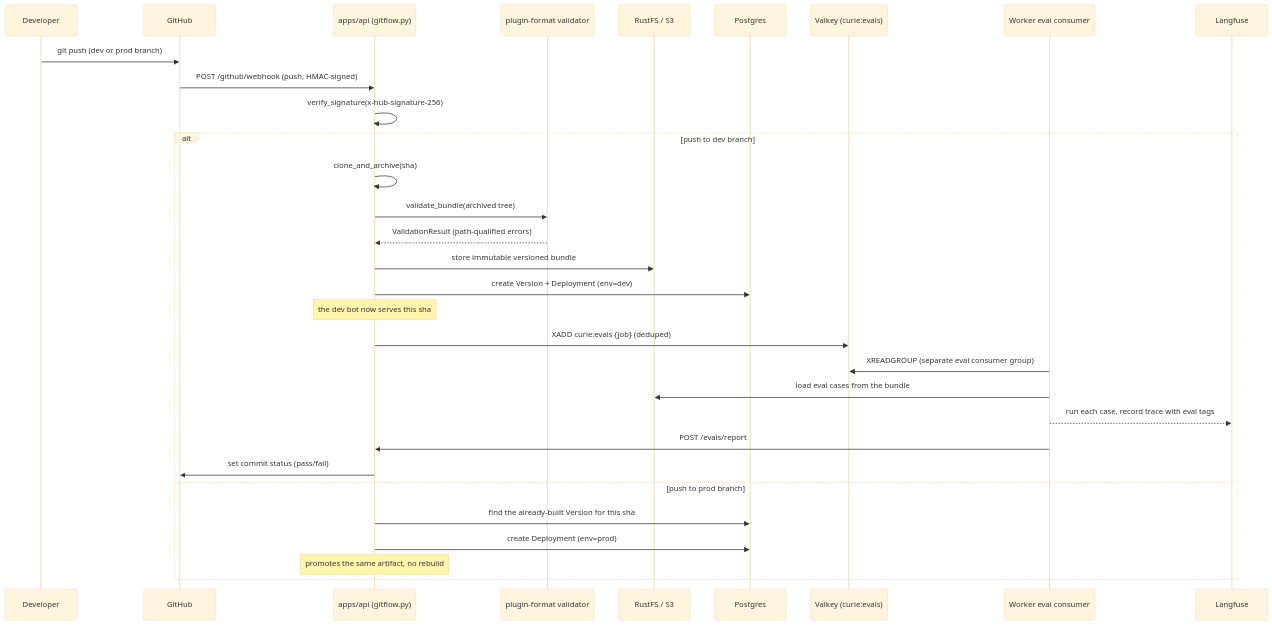
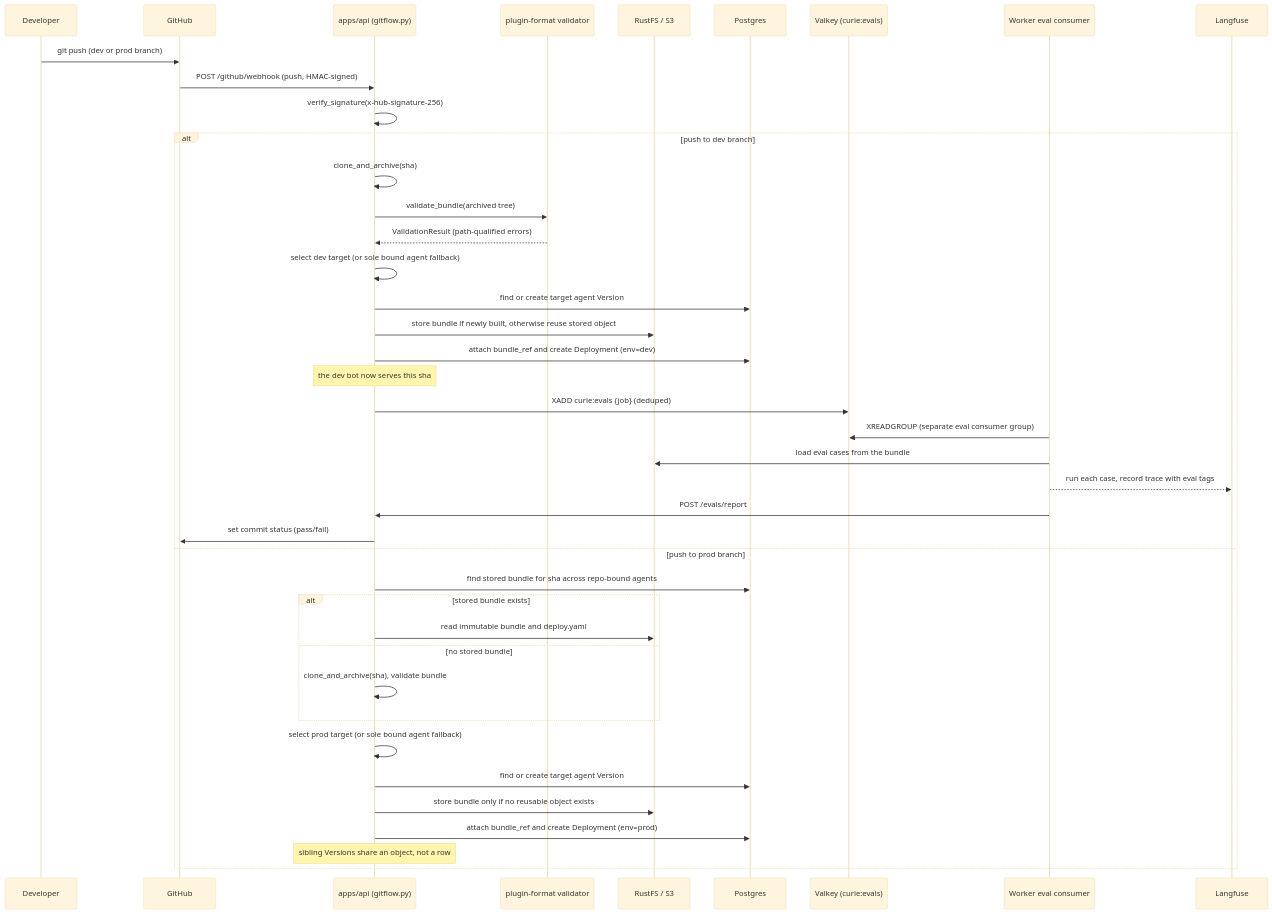
The third of 3 diagrams in ARCHITECTURE.md (curie-eng/curie), drawn with Mermaid (base theme) before and after one commit. The commit also changed other lines of this file and 3 other files, not shown here.

Commit message:
docs: describe current git-flow routing and bundle reuse

````diff
--- a/ARCHITECTURE.md
+++ b/ARCHITECTURE.md
@@ -407,34 +415,44 @@
 ```mermaid
 sequenceDiagram
     participant Dev as Developer
     participant GH as GitHub
     participant API as apps/api (gitflow.py)
     participant PF as plugin-format validator
     participant S3 as RustFS / S3
     participant PG as Postgres
     participant V as Valkey (curie:evals)
     participant W as Worker eval consumer
     participant LF as Langfuse
 
     Dev->>GH: git push (dev or prod branch)
     GH->>API: POST /github/webhook (push, HMAC-signed)
     API->>API: verify_signature(x-hub-signature-256)
     alt push to dev branch
         API->>API: clone_and_archive(sha)
         API->>PF: validate_bundle(archived tree)
         PF-->>API: ValidationResult (path-qualified errors)
-        API->>S3: store immutable versioned bundle
-        API->>PG: create Version + Deployment (env=dev)
+        API->>API: select dev target (or sole bound agent fallback)
+        API->>PG: find or create target agent Version
+        API->>S3: store bundle if newly built, otherwise reuse stored object
+        API->>PG: attach bundle_ref and create Deployment (env=dev)
         Note over API: the dev bot now serves this sha
         API->>V: XADD curie:evals {job} (deduped)
         W->>V: XREADGROUP (separate eval consumer group)
         W->>S3: load eval cases from the bundle
         W-->>LF: run each case, record trace with eval tags
         W->>API: POST /evals/report
         API->>GH: set commit status (pass/fail)
     else push to prod branch
-        API->>PG: find the already-built Version for this sha
-        API->>PG: create Deployment (env=prod)
-        Note over API: promotes the same artifact, no rebuild
+        API->>PG: find stored bundle for sha across repo-bound agents
+        alt stored bundle exists
+            API->>S3: read immutable bundle and deploy.yaml
+        else no stored bundle
+            API->>API: clone_and_archive(sha), validate bundle
+        end
+        API->>API: select prod target (or sole bound agent fallback)
+        API->>PG: find or create target agent Version
+        API->>S3: store bundle only if no reusable object exists
+        API->>PG: attach bundle_ref and create Deployment (env=prod)
+        Note over API: sibling Versions share an object, not a row
     end
 ```
````
